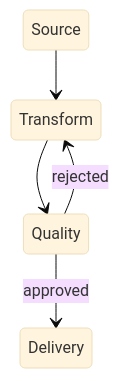
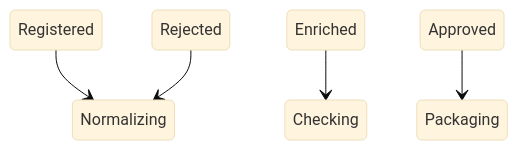
One commit to mols3131d/mols-agent-assets changed the fourth of 5 diagrams in src/rulesync/.rulesync/skills/mols-mermaid-diagram/references/examples/state-diagram.md. Above: the diagram before and after it, drawn with Mermaid (base theme). The commit also changed other lines of this file, not shown here.

Commit message:
fix(mermaid): state 요약 의미 보존

````diff
--- a/src/rulesync/.rulesync/skills/mols-mermaid-diagram/references/examples/state-diagram.md
+++ b/src/rulesync/.rulesync/skills/mols-mermaid-diagram/references/examples/state-diagram.md
@@ -76,7 +76,7 @@
 ```mermaid
 stateDiagram-v2
-    Source --> Transform
-    Transform --> Quality
-    Quality --> Delivery: approved
-    Quality --> Transform: rejected
+    Registered --> Normalizing
+    Enriched --> Checking
+    Approved --> Packaging
+    Rejected --> Normalizing
 ```
````
